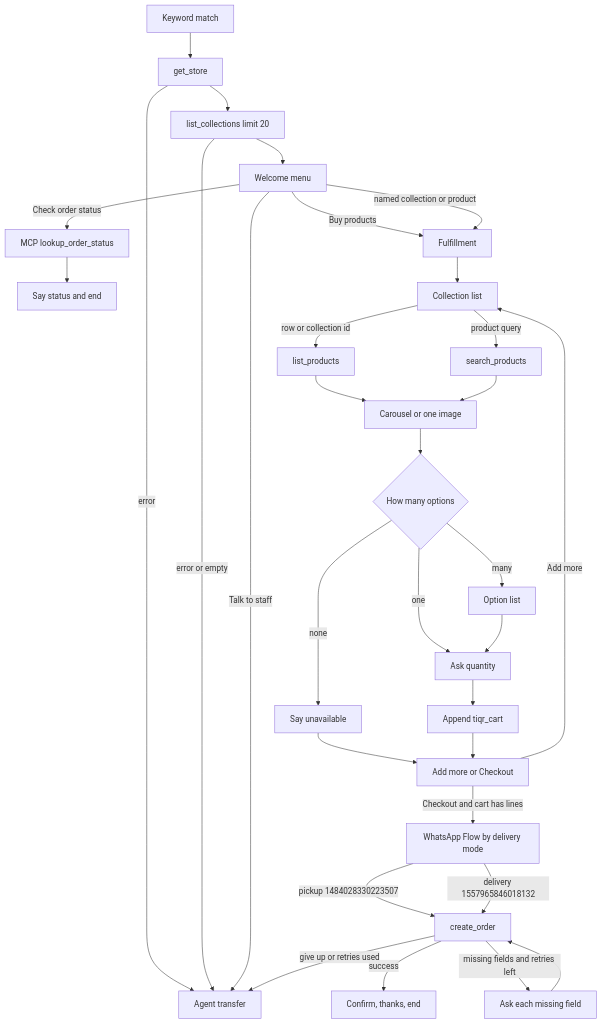
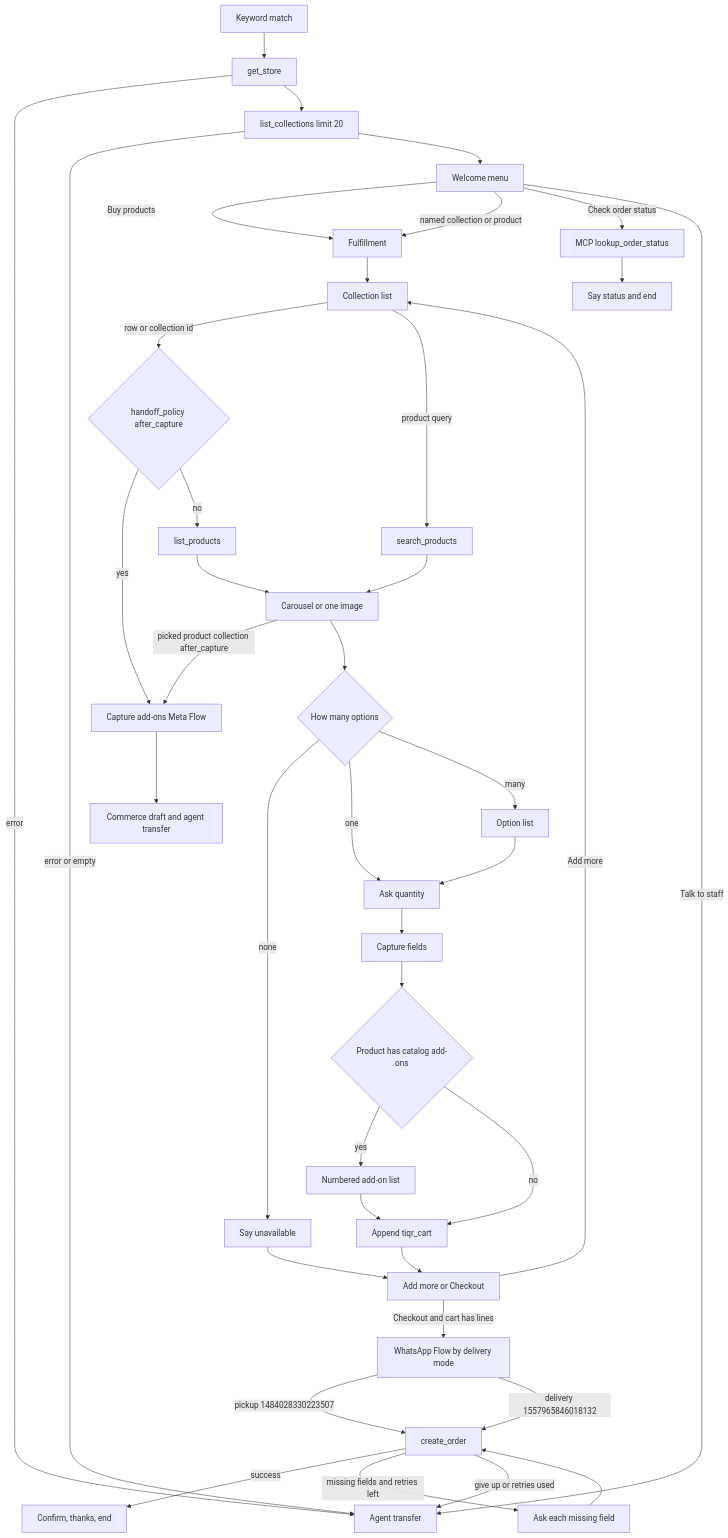
The diagram in docs/tiqr-ecommerce-coded-flow.md (Ticker-Events/whatomate), drawn with Mermaid before and after one commit. The commit also changed other lines of this file and 412 other files, not shown here.

First line of the commit message:
Ask collection capture fields when adding a TiQR cart line (#43)

````diff
--- a/docs/tiqr-ecommerce-coded-flow.md
+++ b/docs/tiqr-ecommerce-coded-flow.md
@@ -19,34 +19,42 @@
 ```mermaid
 flowchart TD
   kw[Keyword match] --> store[get_store]
   store -->|error| xfer[Agent transfer]
   store --> cols["list_collections limit 20"]
   cols -->|error or empty| xfer
   cols --> menu[Welcome menu]
   menu -->|Buy products| ful[Fulfillment]
   menu -->|named collection or product| ful
   menu -->|Check order status| look[MCP lookup_order_status]
   menu -->|Talk to staff| xfer
   look --> endStatus[Say status and end]
   ful --> list[Collection list]
-  list -->|row or collection id| prod[list_products]
+  list -->|row or collection id| policy{handoff_policy after_capture}
+  policy -->|yes| earlyHandoff[Capture add-ons Meta Flow]
+  earlyHandoff --> commerceXfer[Commerce draft and agent transfer]
+  policy -->|no| prod[list_products]
   list -->|product query| search[search_products]
-  prod --> show[Carousel or one image]
-  search --> show
+  search --> show[Carousel or one image]
+  prod --> show
+  show -->|picked product collection after_capture| earlyHandoff
   show --> opt{How many options}
   opt -->|none| skip[Say unavailable]
   opt -->|one| qty[Ask quantity]
   opt -->|many| olist[Option list]
   olist --> qty
-  qty --> cart[Append tiqr_cart]
+  qty --> capture[Capture fields]
+  capture --> addons{Product has catalog add-ons}
+  addons -->|yes| addonAsk[Numbered add-on list]
+  addonAsk --> cart[Append tiqr_cart]
+  addons -->|no| cart
   skip --> next[Add more or Checkout]
   cart --> next
   next -->|Add more| list
   next -->|Checkout and cart has lines| flow[WhatsApp Flow by delivery mode]
   flow -->|pickup 1484028330223507| create[create_order]
   flow -->|delivery 1557965846018132| create
   create -->|success| done[Confirm, thanks, end]
   create -->|missing fields and retries left| fix[Ask each missing field]
   fix --> create
   create -->|give up or retries used| xfer
 ```
````
